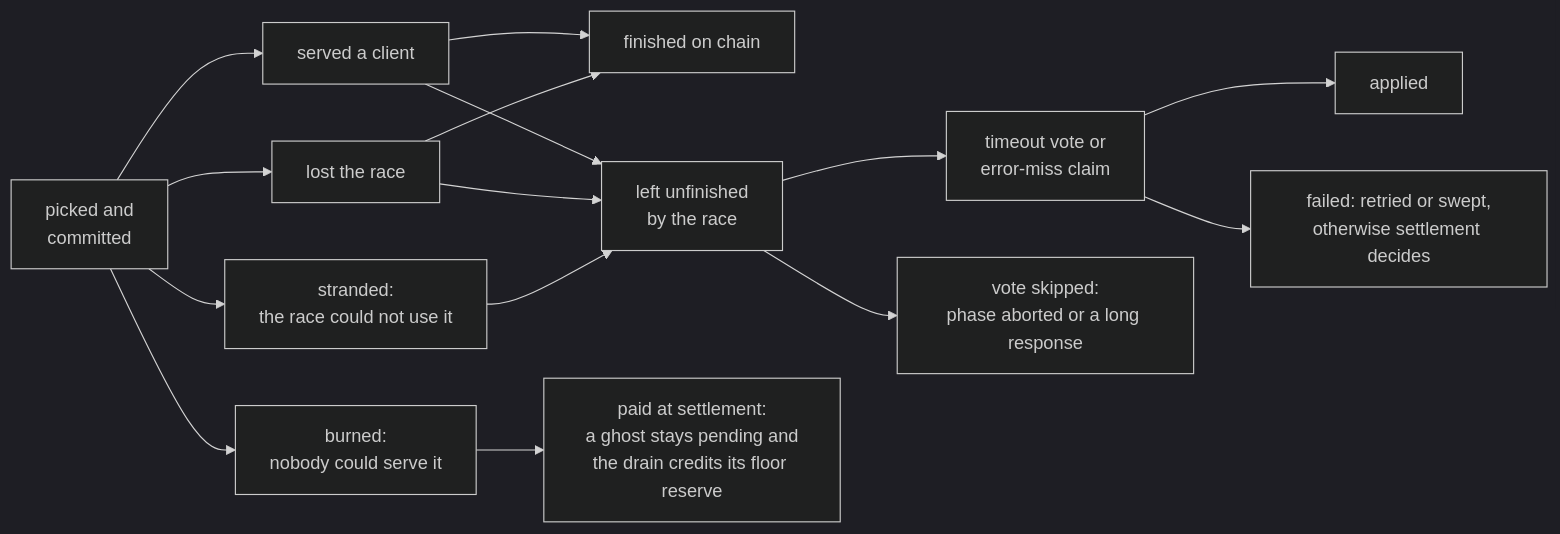
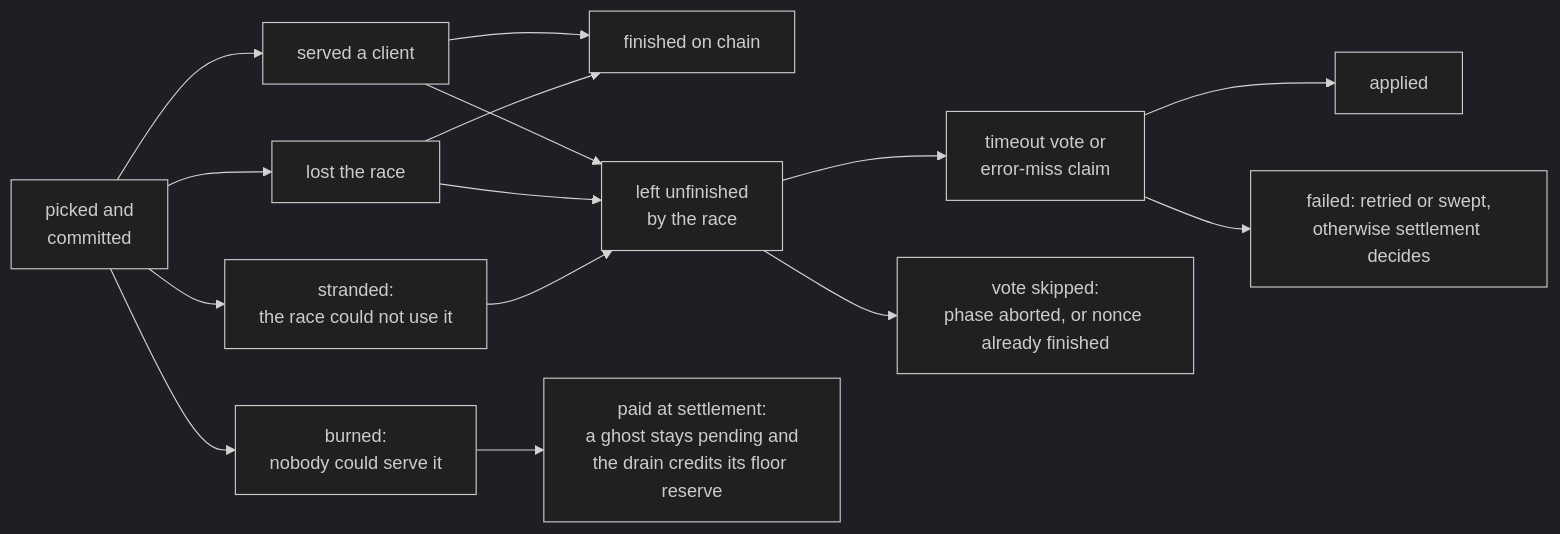
Before and after one commit to qdanik/gonka: the third of 3 diagrams in devshard/cmd/gateway/docs/architecture.md, drawn with Mermaid (dark theme). The commit also changed 32 other files, not shown here.

````diff
--- a/devshard/cmd/gateway/docs/architecture.md
+++ b/devshard/cmd/gateway/docs/architecture.md
@@ -155,17 +155,17 @@
 ```mermaid
 graph LR
     P["picked and<br/>committed"] --> SRV["served a client"]
     P --> LOST["lost the race"]
     P --> BURN["burned:<br/>nobody could serve it"]
     P --> STR["stranded:<br/>the race could not use it"]
     SRV --> FIN["finished on chain"]
     LOST --> FIN
     SRV --> OPEN["left unfinished<br/>by the race"]
     LOST --> OPEN
     STR --> OPEN
     OPEN --> VOTE["timeout vote or<br/>error-miss claim"]
-    OPEN --> SKIP["vote skipped:<br/>phase aborted or a long response"]
+    OPEN --> SKIP["vote skipped:<br/>phase aborted, or nonce already finished"]
     VOTE --> APP["applied"]
     VOTE --> FAIL["failed: retried or swept,<br/>otherwise settlement decides"]
     BURN --> REF["paid at settlement:<br/>a ghost stays pending and<br/>the drain credits its floor reserve"]
 ```
````
